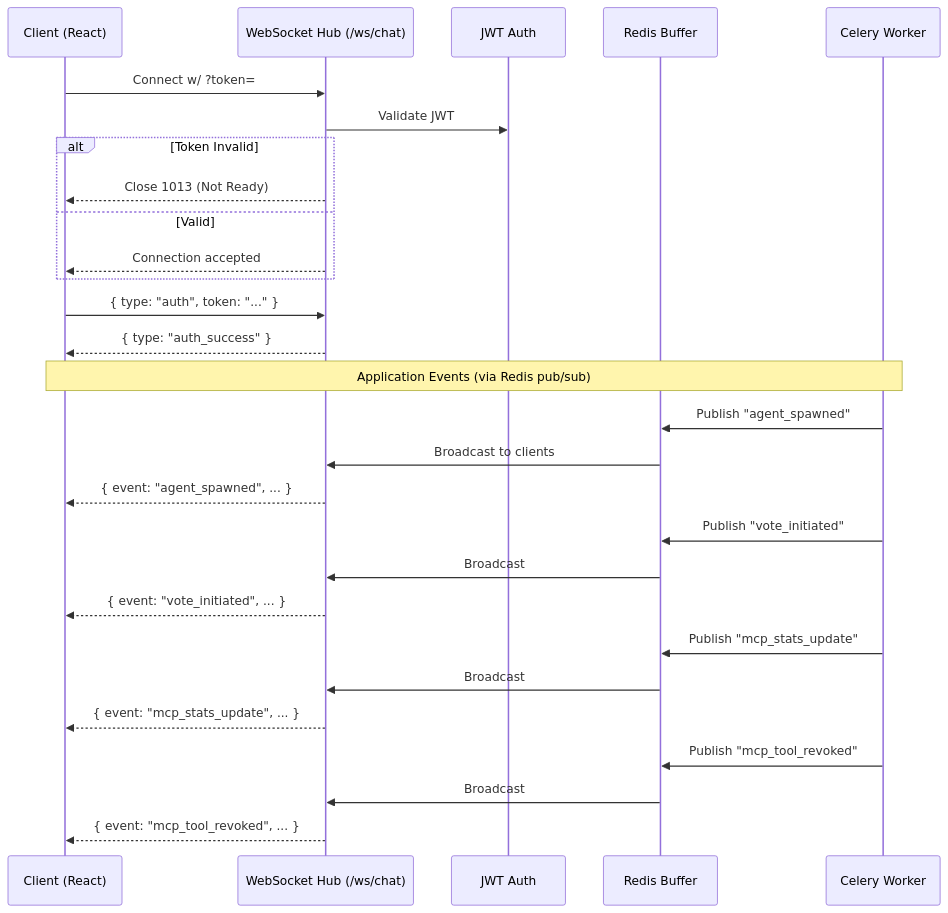
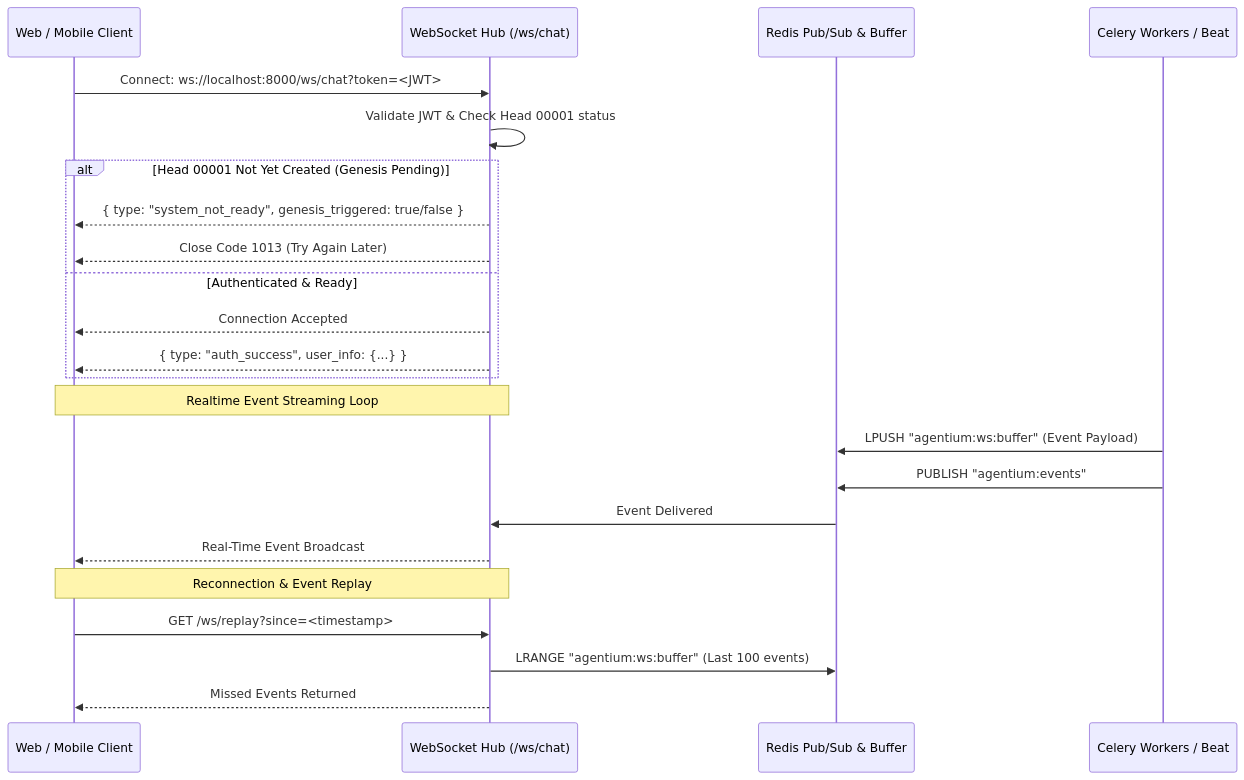
Before and after one commit to AshminDhungana/Agentium: the ninth of 14 diagrams in ARCHITECTURE.md, drawn with Mermaid. The commit also changed other lines of this file and 6 other files, not shown here.

First line of the commit message:
docs: overhaul architecture, guides, and deployment suite for v0.21.0-beta

````diff
--- a/ARCHITECTURE.md
+++ b/ARCHITECTURE.md
@@ -317,37 +604,29 @@
 ```mermaid
 sequenceDiagram
-    participant C as Client (React)
-    participant W as WebSocket Hub (/ws/chat)
-    participant A as JWT Auth
-    participant R as Redis Buffer
-    participant CB as Celery Worker
+    participant Client as Web / Mobile Client
+    participant WS as WebSocket Hub (/ws/chat)
+    participant Redis as Redis Pub/Sub & Buffer
+    participant Celery as Celery Workers / Beat
 
-    C->>W: Connect w/ ?token=
-    W->>A: Validate JWT
-    alt Token Invalid
-        W-->>C: Close 1013 (Not Ready)
-    else Valid
-        W-->>C: Connection accepted
+    Client->>WS: Connect: ws://localhost:8000/ws/chat?token=<JWT>
+    WS->>WS: Validate JWT & Check Head 00001 status
+    
+    alt Head 00001 Not Yet Created (Genesis Pending)
+        WS-->>Client: { type: "system_not_ready", genesis_triggered: true/false }
+        WS-->>Client: Close Code 1013 (Try Again Later)
+    else Authenticated & Ready
+        WS-->>Client: Connection Accepted
+        WS-->>Client: { type: "auth_success", user_info: {...} }
     end
 
-    C->>W: { type: "auth", token: "..." }
-    W-->>C: { type: "auth_success" }
+    Note over Client,WS: Realtime Event Streaming Loop
+    Celery->>Redis: LPUSH "agentium:ws:buffer" (Event Payload)
+    Celery->>Redis: PUBLISH "agentium:events"
+    Redis->>WS: Event Delivered
+    WS-->>Client: Real-Time Event Broadcast
 
-    Note over C,CB: Application Events (via Redis pub/sub)
-
-    CB->>R: Publish "agent_spawned"
-    R->>W: Broadcast to clients
-    W-->>C: { event: "agent_spawned", ... }
-
-    CB->>R: Publish "vote_initiated"
-    R->>W: Broadcast
-    W-->>C: { event: "vote_initiated", ... }
-
-    CB->>R: Publish "mcp_stats_update"
-    R->>W: Broadcast
-    W-->>C: { event: "mcp_stats_update", ... }
-
-    CB->>R: Publish "mcp_tool_revoked"
-    R->>W: Broadcast
-    W-->>C: { event: "mcp_tool_revoked", ... }
+    Note over Client,WS: Reconnection & Event Replay
+    Client->>WS: GET /ws/replay?since=<timestamp>
+    WS->>Redis: LRANGE "agentium:ws:buffer" (Last 100 events)
+    WS-->>Client: Missed Events Returned
 ```
````
